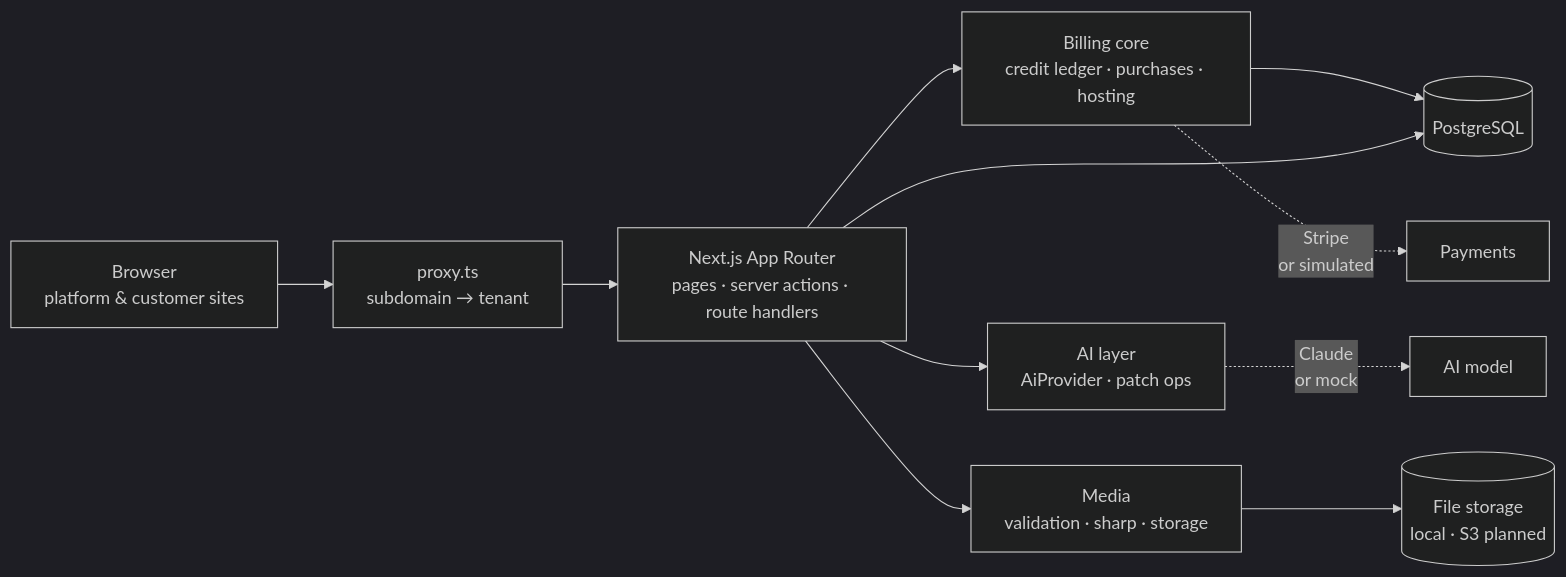
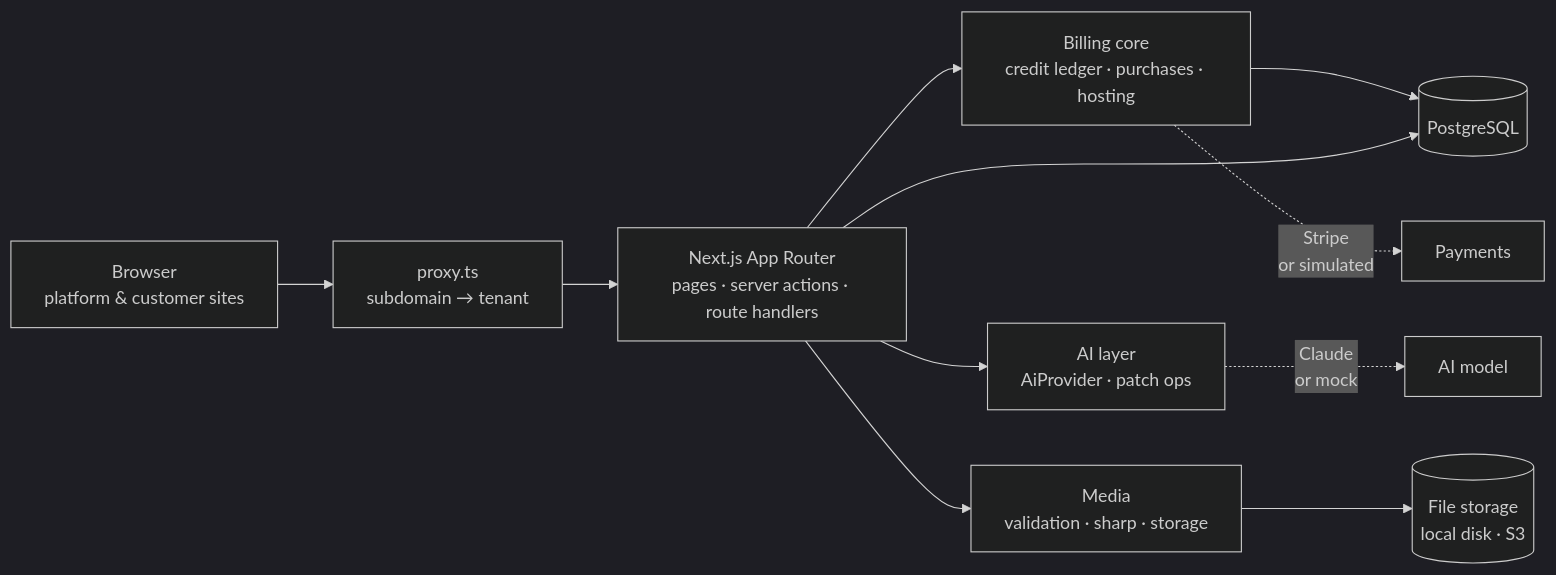
One commit to BailinZheng/appbuilder changed the diagram in README.md. Above: the diagram before and after it, drawn with Mermaid (dark theme). The commit also changed other lines of this file and 12 other files, not shown here.

First line of the commit message:
Add S3-compatible media storage and cleanup of unused files

````diff
--- a/README.md
+++ b/README.md
@@ -153,13 +156,13 @@
 ```mermaid
 flowchart LR
     Browser["Browser<br/>platform & customer sites"] --> Proxy["proxy.ts<br/>subdomain → tenant"]
     Proxy --> App["Next.js App Router<br/>pages · server actions · route handlers"]
     App --> Billing["Billing core<br/>credit ledger · purchases · hosting"]
     App --> AI["AI layer<br/>AiProvider · patch ops"]
     App --> Media["Media<br/>validation · sharp · storage"]
     Billing --> DB[(PostgreSQL)]
     App --> DB
     AI -. "Claude<br/>or mock" .-> Model["AI model"]
     Billing -. "Stripe<br/>or simulated" .-> Pay["Payments"]
-    Media --> Files[("File storage<br/>local · S3 planned")]
+    Media --> Files[("File storage<br/>local disk · S3")]
 ```
````
